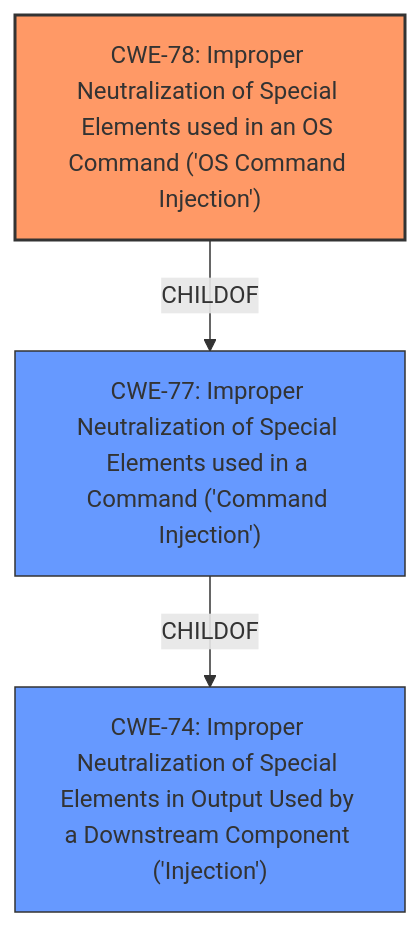
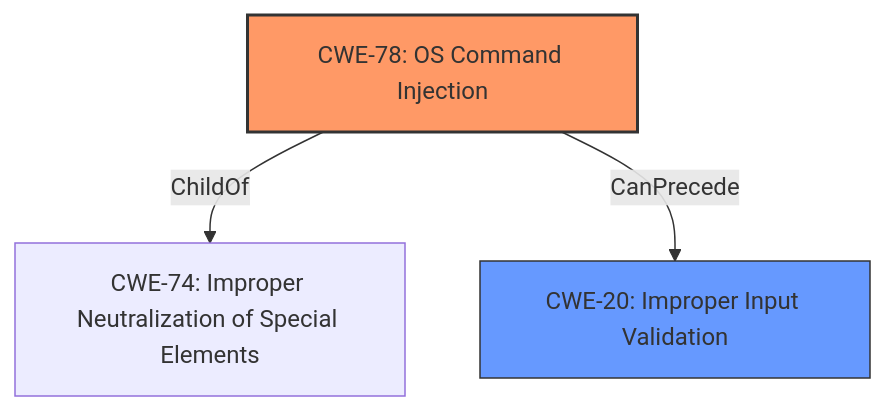
The diagram in CVE-2021-25298/CVE-2021-25298_analysis.md (CyberSecAI/cwe_agent_assign_reports_2023), drawn with Mermaid before and after one commit. The commit also changed other lines of this file and 902 other files, not shown here.

````diff
--- a/CVE-2021-25298/CVE-2021-25298_analysis.md
+++ b/CVE-2021-25298/CVE-2021-25298_analysis.md
@@ -16,15 +17,14 @@
 ```mermaid
 graph TD
-    cwe78["CWE-78: Improper Neutralization of Special Elements used in an OS Command ('OS Command Injection')"]
-    cwe77["CWE-77: Improper Neutralization of Special Elements used in a Command ('Command Injection')"]
-    cwe74["CWE-74: Improper Neutralization of Special Elements in Output Used by a Downstream Component ('Injection')"]
+    cwe78["CWE-78: OS Command Injection"]
+    cwe20["CWE-20: Improper Input Validation"]
+    cwe74["CWE-74: Improper Neutralization of Special Elements"]
 
-    cwe78 -->|CHILDOF| cwe77
-    cwe77 -->|CHILDOF| cwe74
-    
+    cwe78 -->|ChildOf| cwe74
+    cwe78 -->|CanPrecede| cwe20
+
     classDef primary fill:#f96,stroke:#333,stroke-width:2px
     classDef secondary fill:#69f,stroke:#333
-    classDef tertiary fill:#9e9,stroke:#333
     class cwe78 primary
-    class cwe77,cwe74 secondary
+    class cwe20 secondary
 ```
````
